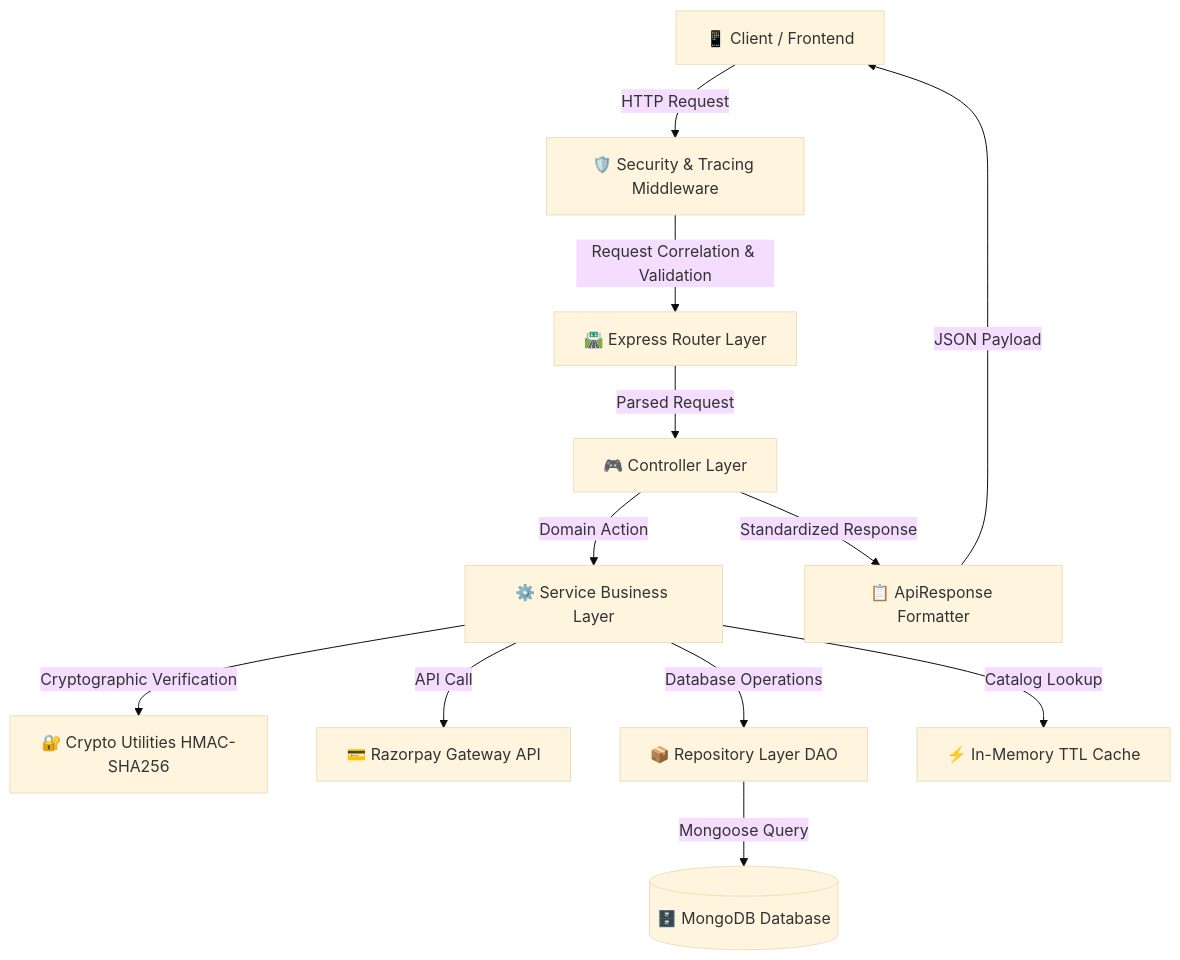
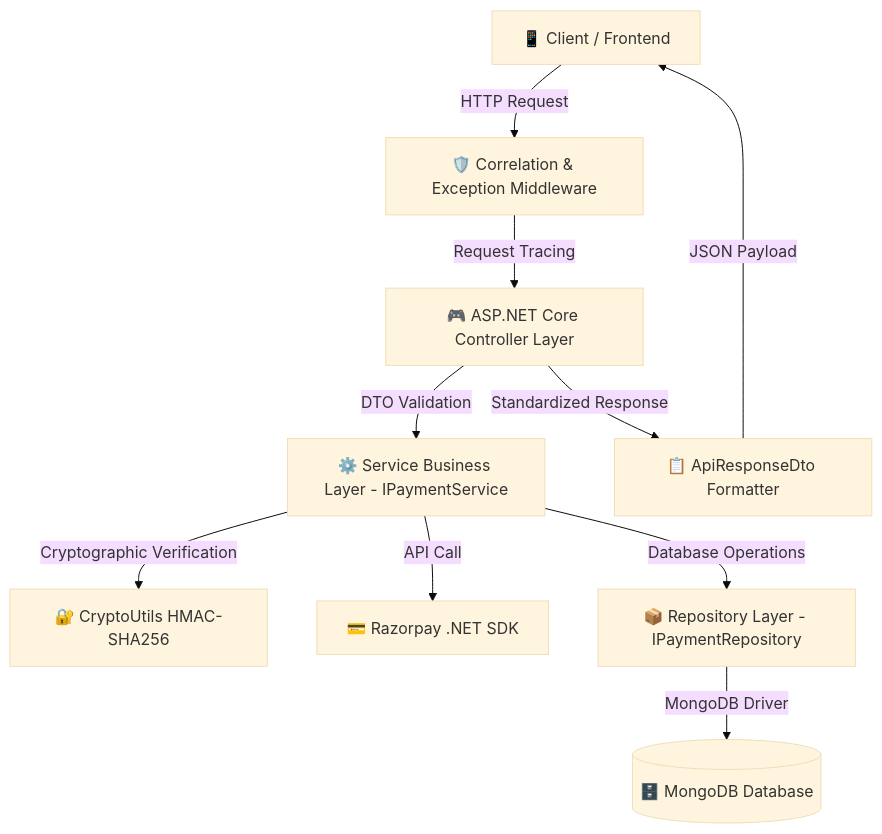
One commit to DevSars24/payment-gateway changed the first of 2 diagrams in README.md. Above: the diagram before and after it, drawn with Mermaid (base theme). The commit also changed other lines of this file and 76 other files, not shown here.

Commit message:
feat(aspnetcore): add enterprise ASP.NET Core 8 Web API clean architecture backend with Razorpay SDK, MongoDB, Swagger and timing-safe crypto

````diff
--- a/README.md
+++ b/README.md
@@ -42,14 +37,12 @@
 ```mermaid
 graph TD
-    Client[📱 Client / Frontend] -->|HTTP Request| Middleware[🛡️ Security & Tracing Middleware]
-    Middleware -->|Request Correlation & Validation| Router[🛣️ Express Router Layer]
-    Router -->|Parsed Request| Controller[🎮 Controller Layer]
-    Controller -->|Domain Action| Service[⚙️ Service Business Layer]
-    Service -->|Cryptographic Verification| Crypto[🔐 Crypto Utilities HMAC-SHA256]
-    Service -->|API Call| RazorpaySDK[💳 Razorpay Gateway API]
-    Service -->|Database Operations| Repository[📦 Repository Layer DAO]
-    Repository -->|Mongoose Query| MongoDB[(🗄️ MongoDB Database)]
-    Service -->|Catalog Lookup| Cache[⚡ In-Memory TTL Cache]
-    Controller -->|Standardized Response| ApiResponse[📋 ApiResponse Formatter]
+    Client[📱 Client / Frontend] -->|HTTP Request| Middleware[🛡️ Correlation & Exception Middleware]
+    Middleware -->|Request Tracing| Controller[🎮 ASP.NET Core Controller Layer]
+    Controller -->|DTO Validation| Service[⚙️ Service Business Layer - IPaymentService]
+    Service -->|Cryptographic Verification| Crypto[🔐 CryptoUtils HMAC-SHA256]
+    Service -->|API Call| RazorpaySDK[💳 Razorpay .NET SDK]
+    Service -->|Database Operations| Repository[📦 Repository Layer - IPaymentRepository]
+    Repository -->|MongoDB Driver| MongoDB[(🗄️ MongoDB Database)]
+    Controller -->|Standardized Response| ApiResponse[📋 ApiResponseDto Formatter]
     ApiResponse -->|JSON Payload| Client
 ```
````
